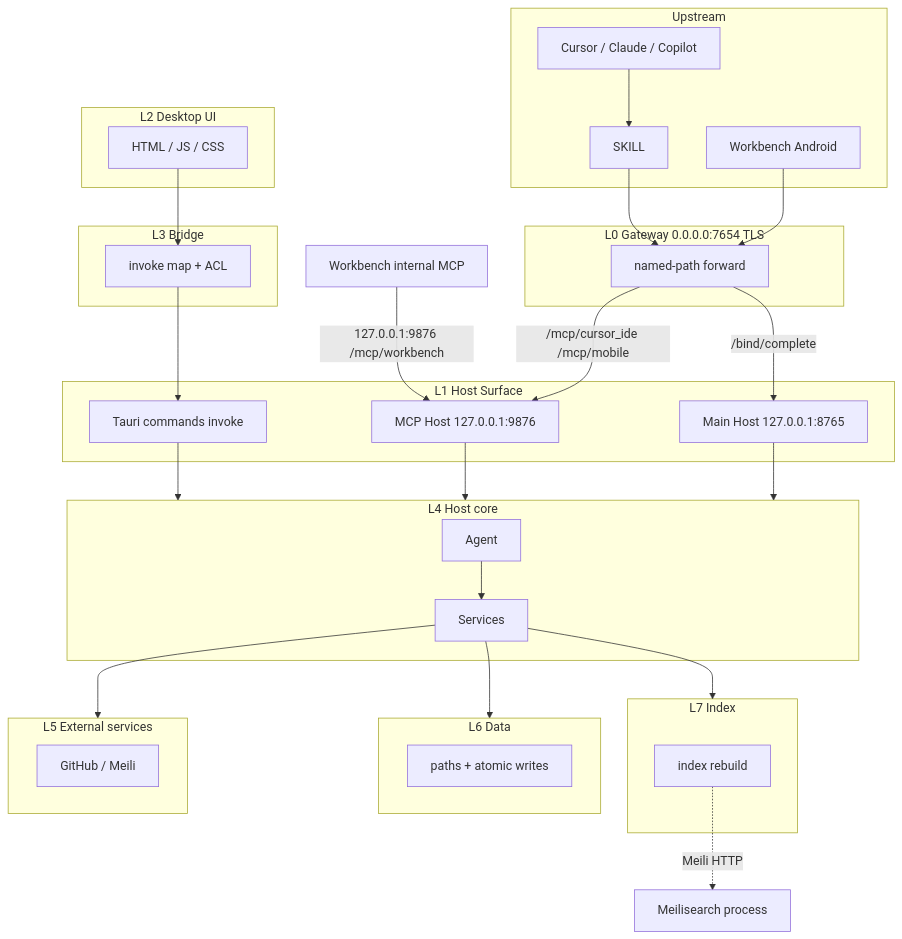
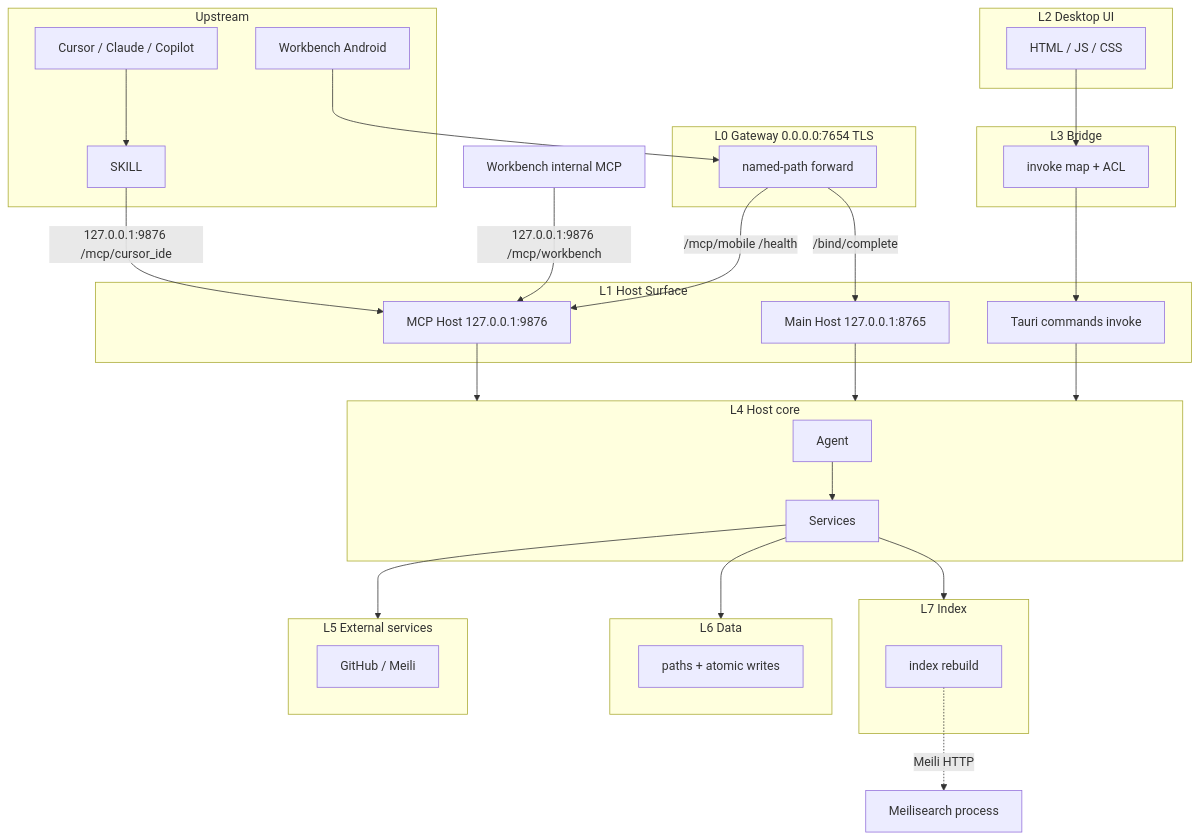
Before and after one commit to lulufoo/lulu-spark: the diagram in docs/architecture/arch-layer-constraints.md, drawn with Mermaid. The commit also changed other lines of this file and 2 other files, not shown here.

First line of the commit message:
refactor(architecture): send Skills through MCP Host loopback

````diff
--- a/docs/architecture/arch-layer-constraints.md
+++ b/docs/architecture/arch-layer-constraints.md
@@ -7,61 +7,62 @@
 ```mermaid
 flowchart TB
   subgraph UP["Upstream"]
     IDE[Cursor / Claude / Copilot]
     SKILL[SKILL]
     AND[Workbench Android]
   end
 
   subgraph L0["L0 Gateway  0.0.0.0:7654 TLS"]
     GW[named-path forward]
   end
 
   subgraph L2["L2 Desktop UI"]
     UI[HTML / JS / CSS]
   end
 
   subgraph L3["L3 Bridge"]
     BR[invoke map + ACL]
   end
 
   subgraph L1["L1 Host Surface"]
     MCP["MCP Host  127.0.0.1:9876"]
     MAIN["Main Host  127.0.0.1:8765"]
     CMD["Tauri commands  invoke"]
   end
 
   subgraph L4["L4 Host core"]
     AGT[Agent]
     SVC[Services]
   end
 
   subgraph L5["L5 External services"]
     INT[GitHub / Meili]
   end
 
   subgraph L6["L6 Data"]
     REPO[paths + atomic writes]
   end
 
   subgraph L7["L7 Index"]
     IDX[index rebuild]
   end
 
   INTMCP[Workbench internal MCP]
   MEILI[Meilisearch process]
 
-  IDE --> SKILL --> GW
+  IDE --> SKILL
+  SKILL -->|127.0.0.1:9876 /mcp/cursor_ide| MCP
   AND --> GW
-  GW -->|/mcp/cursor_ide /mcp/mobile| MCP
+  GW -->|/mcp/mobile /health| MCP
   GW -->|/bind/complete| MAIN
   INTMCP -->|127.0.0.1:9876 /mcp/workbench| MCP
   UI --> BR --> CMD
   MCP --> L4
   MAIN --> L4
   CMD --> L4
   AGT --> SVC
   SVC --> L5
   SVC --> L6
   SVC --> L7
   IDX -.->|Meili HTTP| MEILI
 ```
````
